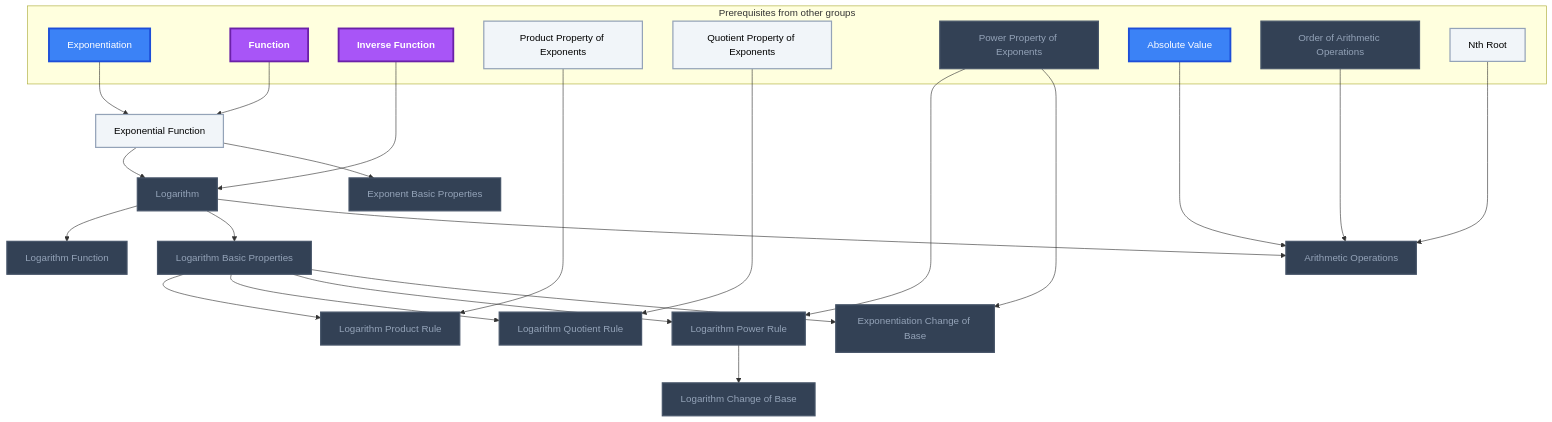
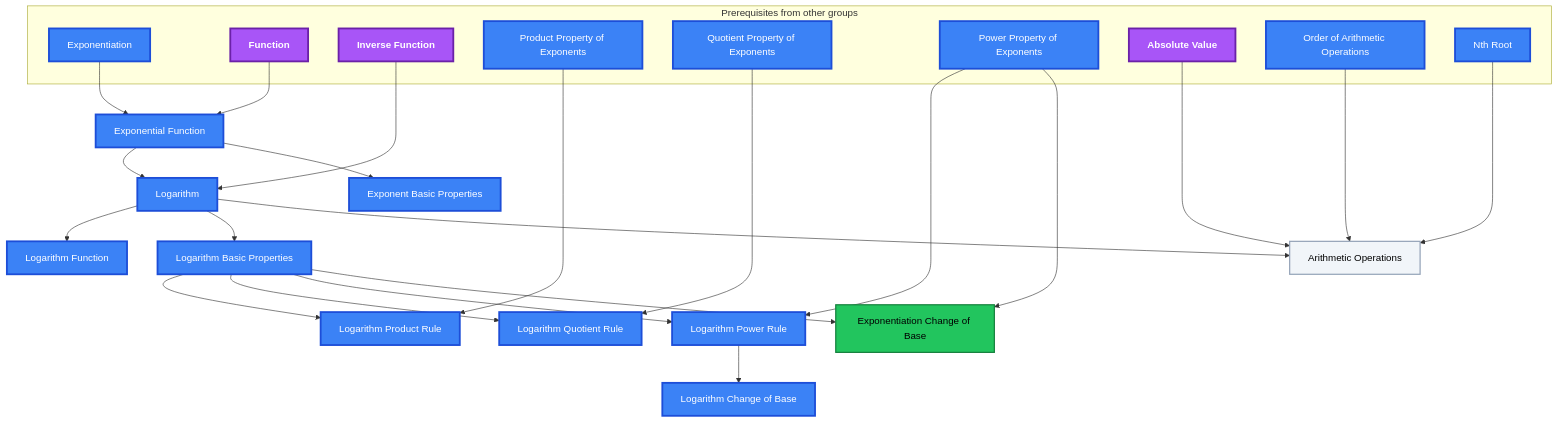
Before and after one commit to MRauf1/My-Notes: the sixth of 11 diagrams in Gamification/Skill Trees/Pre-Calculus.md, drawn with Mermaid. The commit also changed other lines of this file and 145 other files, not shown here.

````diff
--- a/Gamification/Skill Trees/Pre-Calculus.md
+++ b/Gamification/Skill Trees/Pre-Calculus.md
@@ -449,59 +448,59 @@
 ```mermaid
 flowchart TD
     classDef planned fill:#1E293B,stroke:#64748B,stroke-width:2px,stroke-dasharray:5 5,color:#94A3B8;
     classDef locked fill:#334155,stroke:#475569,stroke-width:2px,color:#94A3B8;
     classDef L0 fill:#F1F5F9,stroke:#94A3B8,stroke-width:2px,color:#000000;
     classDef L1 fill:#22C55E,stroke:#15803D,stroke-width:2px,color:#000000;
     classDef L2 fill:#3B82F6,stroke:#1D4ED8,stroke-width:3px,color:#FFFFFF;
     classDef L3 fill:#A855F7,stroke:#6B21A8,stroke-width:3px,color:#FFFFFF,font-weight:bold;
     classDef L4 fill:#F97316,stroke:#C2410C,stroke-width:4px,color:#000000,font-weight:bold;
     classDef L5 fill:#FFD700,stroke:#FF8C00,stroke-width:5px,color:#000000,font-weight:bold;
     classDef rusty stroke:#8B4513,stroke-width:4px,stroke-dasharray:3 3;
     subgraph sg_prereqs["Prerequisites from other groups"]
         n_exponentiation["Exponentiation"]
         n_function["Function"]
         n_inverse_function["Inverse Function"]
         n_product_property_of_exponents["Product Property of Exponents"]
         n_quotient_property_of_exponents["Quotient Property of Exponents"]
         n_power_property_of_exponents["Power Property of Exponents"]
         n_absolute_value["Absolute Value"]
         n_order_of_arithmetic_operations["Order of Arithmetic Operations"]
         n_nth_root["Nth Root"]
     end
     n_exponential_function["Exponential Function"]
     n_logarithm["Logarithm"]
     n_logarithm_function["Logarithm Function"]
     n_logarithm_basic_properties["Logarithm Basic Properties"]
     n_exponent_basic_properties["Exponent Basic Properties"]
     n_logarithm_product_rule["Logarithm Product Rule"]
     n_logarithm_quotient_rule["Logarithm Quotient Rule"]
     n_logarithm_power_rule["Logarithm Power Rule"]
     n_exponentiation_change_of_base["Exponentiation Change of Base"]
     n_logarithm_change_of_base["Logarithm Change of Base"]
     n_arithmetic_operations["Arithmetic Operations"]
     n_exponentiation --> n_exponential_function
     n_function --> n_exponential_function
     n_inverse_function --> n_logarithm
     n_exponential_function --> n_logarithm
     n_logarithm --> n_logarithm_function
     n_logarithm --> n_logarithm_basic_properties
     n_exponential_function --> n_exponent_basic_properties
     n_product_property_of_exponents --> n_logarithm_product_rule
     n_logarithm_basic_properties --> n_logarithm_product_rule
     n_quotient_property_of_exponents --> n_logarithm_quotient_rule
     n_logarithm_basic_properties --> n_logarithm_quotient_rule
     n_power_property_of_exponents --> n_logarithm_power_rule
     n_logarithm_basic_properties --> n_logarithm_power_rule
     n_power_property_of_exponents --> n_exponentiation_change_of_base
     n_logarithm_basic_properties --> n_exponentiation_change_of_base
     n_logarithm_power_rule --> n_logarithm_change_of_base
     n_absolute_value --> n_arithmetic_operations
     n_order_of_arithmetic_operations --> n_arithmetic_operations
     n_nth_root --> n_arithmetic_operations
     n_logarithm --> n_arithmetic_operations
-    class n_power_property_of_exponents,n_order_of_arithmetic_operations,n_logarithm,n_logarithm_function,n_logarithm_basic_properties,n_exponent_basic_properties,n_logarithm_product_rule,n_logarithm_quotient_rule,n_logarithm_power_rule,n_exponentiation_change_of_base,n_logarithm_change_of_base,n_arithmetic_operations locked;
-    class n_product_property_of_exponents,n_quotient_property_of_exponents,n_nth_root,n_exponential_function L0;
-    class n_exponentiation,n_absolute_value L2;
-    class n_function,n_inverse_function L3;
+    class n_arithmetic_operations L0;
+    class n_exponentiation_change_of_base L1;
+    class n_exponentiation,n_product_property_of_exponents,n_quotient_property_of_exponents,n_power_property_of_exponents,n_order_of_arithmetic_operations,n_nth_root,n_exponential_function,n_logarithm,n_logarithm_function,n_logarithm_basic_properties,n_exponent_basic_properties,n_logarithm_product_rule,n_logarithm_quotient_rule,n_logarithm_power_rule,n_logarithm_change_of_base L2;
+    class n_function,n_inverse_function,n_absolute_value L3;
     class n_exponentiation,n_function,n_inverse_function,n_product_property_of_exponents,n_quotient_property_of_exponents,n_power_property_of_exponents,n_absolute_value,n_order_of_arithmetic_operations,n_nth_root,n_exponential_function,n_logarithm,n_logarithm_function,n_logarithm_basic_properties,n_exponent_basic_properties,n_logarithm_product_rule,n_logarithm_quotient_rule,n_logarithm_power_rule,n_exponentiation_change_of_base,n_logarithm_change_of_base,n_arithmetic_operations internal-link;
 ```
````
